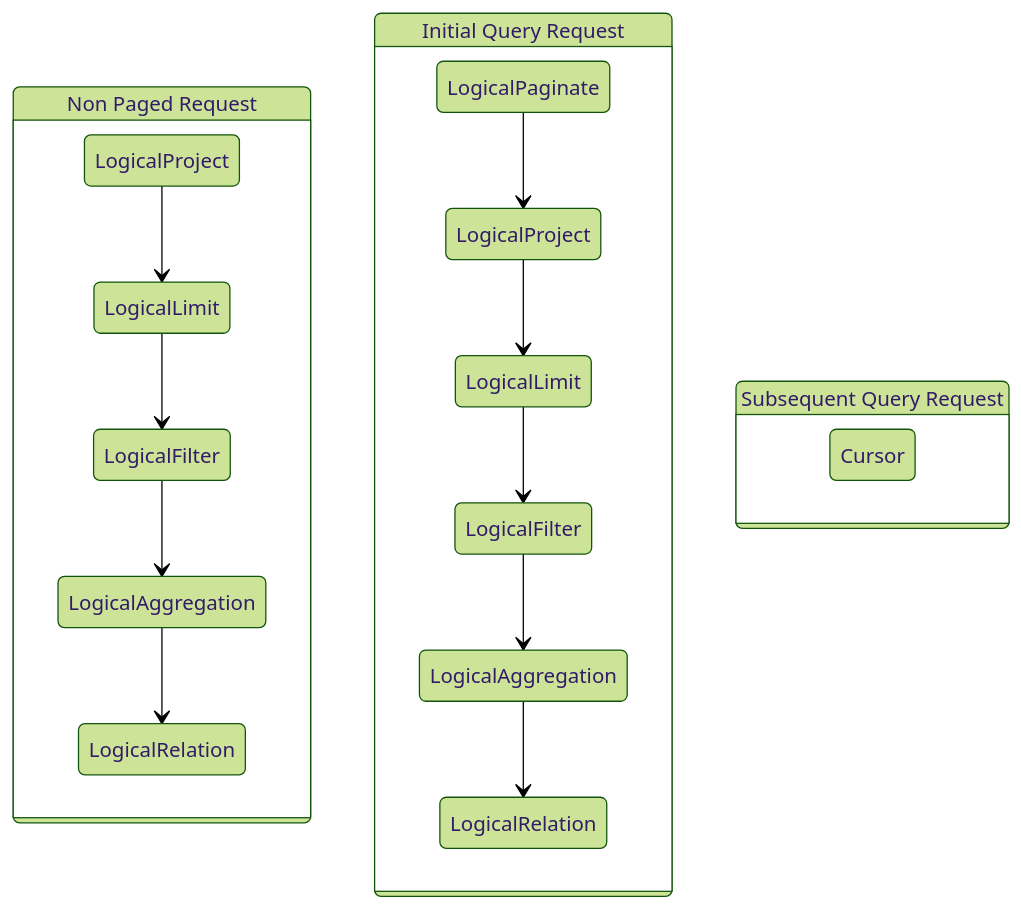
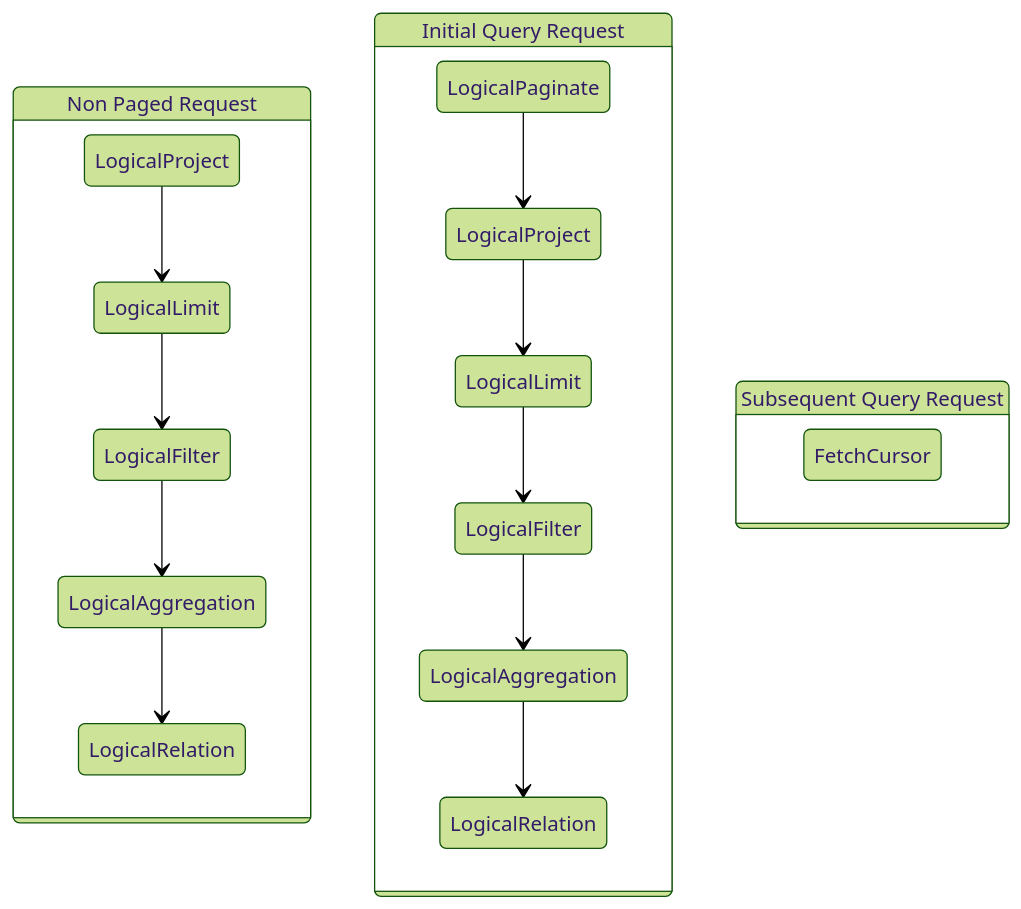
The eighth of 18 diagrams in docs/dev/Pagination-v2.md (opensearch-project/sql), drawn with Mermaid (forest theme) before and after one commit. The commit also changed other lines of this file and 80 other files, not shown here.

````diff
--- a/docs/dev/Pagination-v2.md
+++ b/docs/dev/Pagination-v2.md
@@ -304,33 +304,33 @@
 ```mermaid
 stateDiagram-v2
   state "Non Paged Request" as NonPaged {
     state "LogicalProject" as ProjectNP
     state "LogicalLimit" as LimitNP
     state "LogicalFilter" as FilterNP
     state "LogicalAggregation" as AggregationNP
     state "LogicalRelation" as RelationNP
 
     ProjectNP --> LimitNP
     LimitNP --> FilterNP
     FilterNP --> AggregationNP
     AggregationNP --> RelationNP
   }
 
   state "Initial Query Request" as Paged {
     state "LogicalProject" as ProjectIP
     state "LogicalLimit" as LimitIP
     state "LogicalFilter" as FilterIP
     state "LogicalAggregation" as AggregationIP
     state "LogicalRelation" as RelationIP
 
     LogicalPaginate --> ProjectIP
     ProjectIP --> LimitIP
     LimitIP --> FilterIP
     FilterIP --> AggregationIP
     AggregationIP --> RelationIP
   }
 
 state "Subsequent Query Request" As Sub {
-Cursor
+FetchCursor
 }
 ```
````
